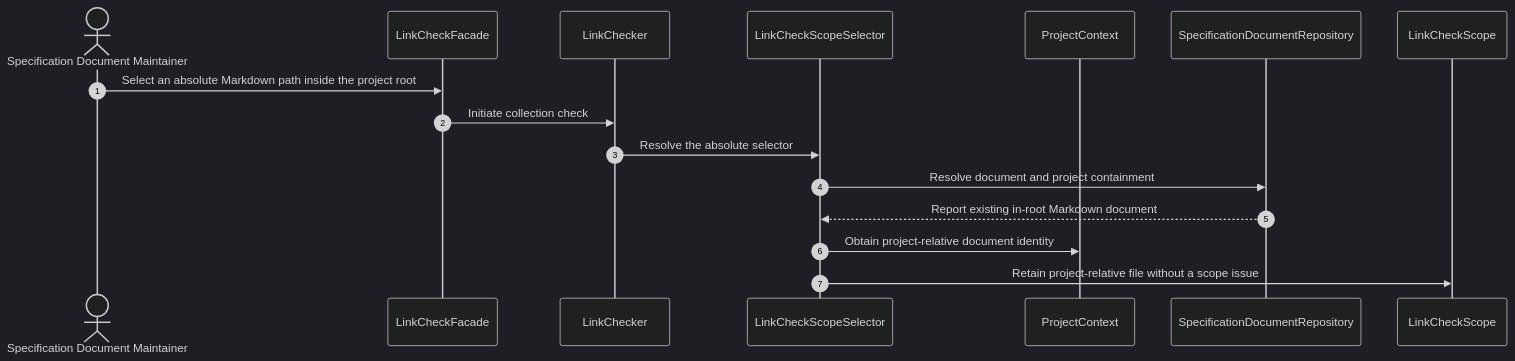
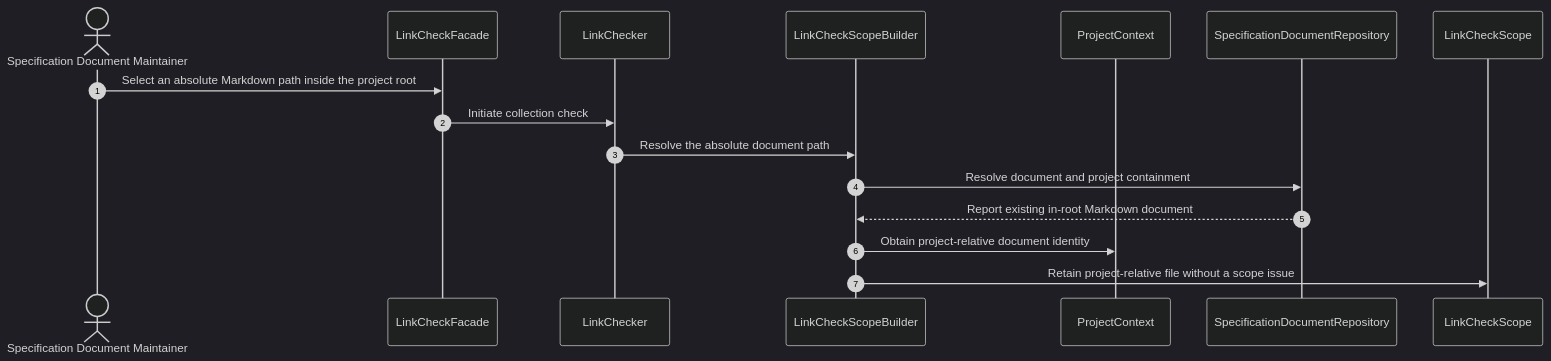
Before and after one commit to huang-xiao-jian/bluey: diagram 24 of 42 in specs/md-linkage/design.md, drawn with Mermaid (dark theme). The commit also changed other lines of this file and 7 other files, not shown here.

Commit message:
docs(md-linkage): define delegation and scope builder

````diff
--- a/specs/md-linkage/design.md
+++ b/specs/md-linkage/design.md
@@ -919,19 +799,19 @@
 ```mermaid
 sequenceDiagram
     autonumber
     actor Maintainer as Specification Document Maintainer
     participant Submission as LinkCheckFacade
     participant Check as LinkChecker
-    participant Selection as LinkCheckScopeSelector
+    participant Selection as LinkCheckScopeBuilder
     participant Context as ProjectContext
     participant Access as SpecificationDocumentRepository
     participant Scope as LinkCheckScope
 
     Maintainer->>Submission: Select an absolute Markdown path inside the project root
     Submission->>Check: Initiate collection check
-    Check->>Selection: Resolve the absolute selector
+    Check->>Selection: Resolve the absolute document path
     Selection->>Access: Resolve document and project containment
     Access-->>Selection: Report existing in-root Markdown document
     Selection->>Context: Obtain project-relative document identity
     Selection->>Scope: Retain project-relative file without a scope issue
 ```
````
